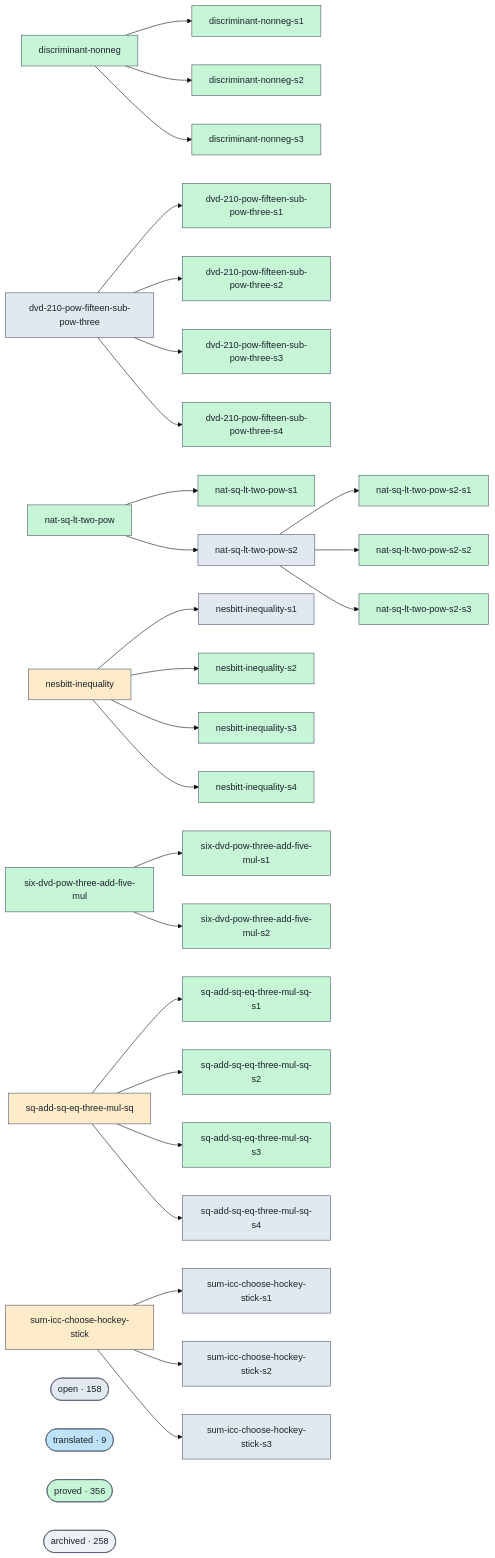
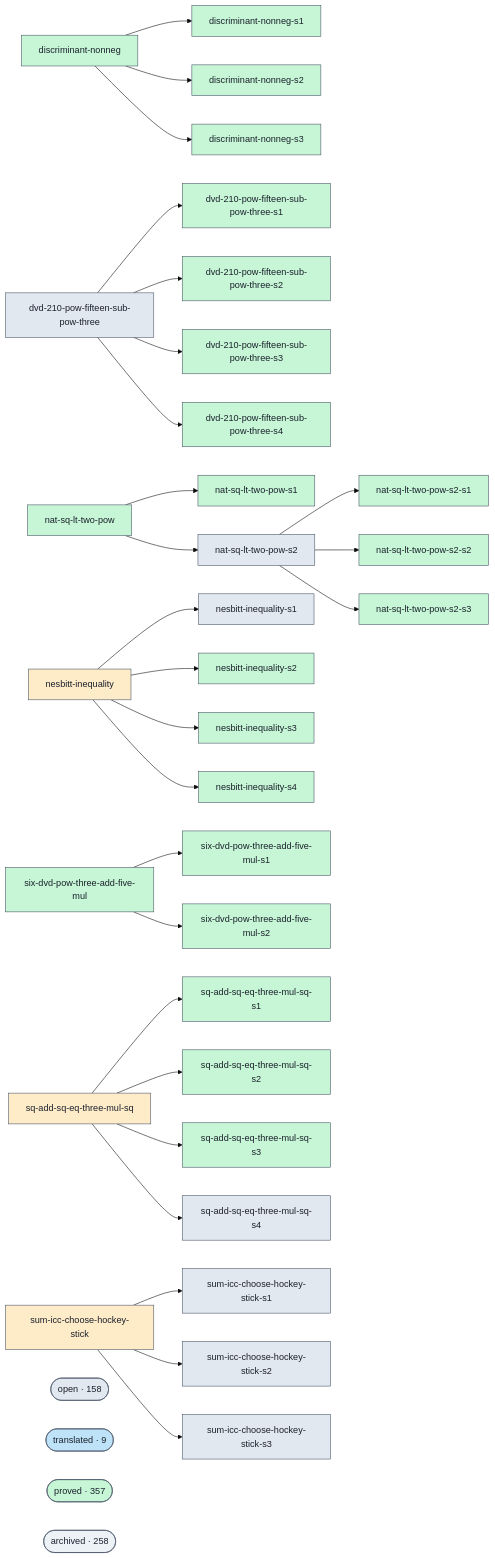
The diagram in docs/proofs-contributors-visualisation.md (ohdearquant/unsorry), drawn with Mermaid (base theme) before and after one commit. The commit also changed other lines of this file and 2 other files, not shown here.

```diff
--- a/docs/proofs-contributors-visualisation.md
+++ b/docs/proofs-contributors-visualisation.md
@@ -147,7 +147,7 @@
   class cluster_open open;
   cluster_translated(["translated · 9"])
   class cluster_translated translated;
-  cluster_proved(["proved · 356"])
+  cluster_proved(["proved · 357"])
   class cluster_proved proved;
   cluster_archived(["archived · 258"])
   class cluster_archived unknown;
```
